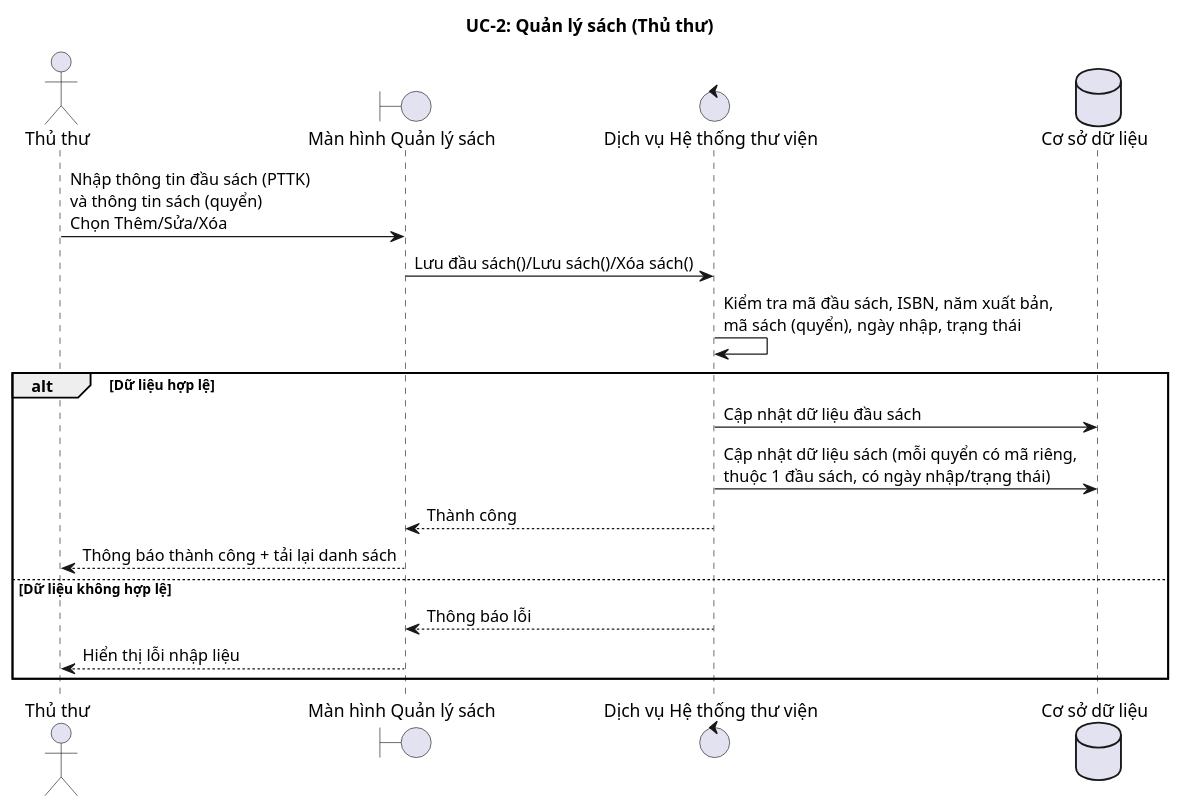
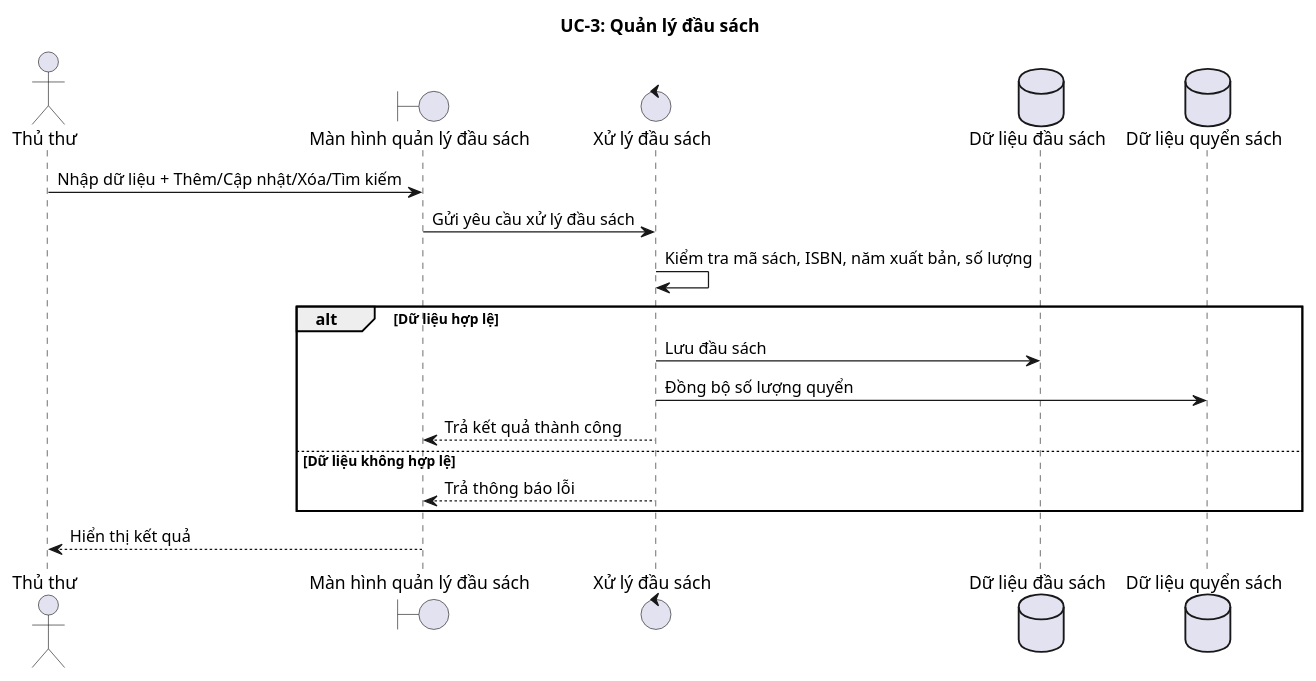
The third of 14 diagrams in docs/SEQUENCE_UC_DA_LAM.md (TienDungwork/Nhom3_PTTK-HTTT), drawn with PlantUML before and after one commit. The commit also changed other lines of this file and 22 other files, not shown here.

````diff
--- a/docs/SEQUENCE_UC_DA_LAM.md
+++ b/docs/SEQUENCE_UC_DA_LAM.md
@@ -54,24 +77,25 @@
 ```puml
 @startuml
-title UC-2: Quản lý sách (Thủ thư)
+title UC-3: Quản lý đầu sách
 
 actor ThuThu as "Thủ thư"
-boundary BookManagementUI as "Màn hình Quản lý sách"
-control BookService as "Dịch vụ Hệ thống thư viện"
-database LibraryDB as "Cơ sở dữ liệu"
+boundary ManHinhDauSach as "Màn hình quản lý đầu sách"
+control XuLyDauSach as "Xử lý đầu sách"
+database DuLieuDauSach as "Dữ liệu đầu sách"
+database DuLieuQuyenSach as "Dữ liệu quyển sách"
 
-ThuThu -> BookManagementUI: Nhập thông tin đầu sách (PTTK)\nvà thông tin sách (quyển)\nChọn Thêm/Sửa/Xóa
-BookManagementUI -> BookService: Lưu đầu sách()/Lưu sách()/Xóa sách()
-BookService -> BookService: Kiểm tra mã đầu sách, ISBN, năm xuất bản,\nmã sách (quyển), ngày nhập, trạng thái
+ThuThu -> ManHinhDauSach: Nhập dữ liệu + Thêm/Cập nhật/Xóa/Tìm kiếm
+ManHinhDauSach -> XuLyDauSach: Gửi yêu cầu xử lý đầu sách
+XuLyDauSach -> XuLyDauSach: Kiểm tra mã sách, ISBN, năm xuất bản, số lượng
 
 alt Dữ liệu hợp lệ
-  BookService -> LibraryDB: Cập nhật dữ liệu đầu sách
-  BookService -> LibraryDB: Cập nhật dữ liệu sách (mỗi quyển có mã riêng,\nthuộc 1 đầu sách, có ngày nhập/trạng thái)
-  BookService --> BookManagementUI: Thành công
-  BookManagementUI --> ThuThu: Thông báo thành công + tải lại danh sách
+  XuLyDauSach -> DuLieuDauSach: Lưu đầu sách
+  XuLyDauSach -> DuLieuQuyenSach: Đồng bộ số lượng quyển
+  XuLyDauSach --> ManHinhDauSach: Trả kết quả thành công
 else Dữ liệu không hợp lệ
-  BookService --> BookManagementUI: Thông báo lỗi
-  BookManagementUI --> ThuThu: Hiển thị lỗi nhập liệu
+  XuLyDauSach --> ManHinhDauSach: Trả thông báo lỗi
 end
+
+ManHinhDauSach --> ThuThu: Hiển thị kết quả
 @enduml
 ```
````
